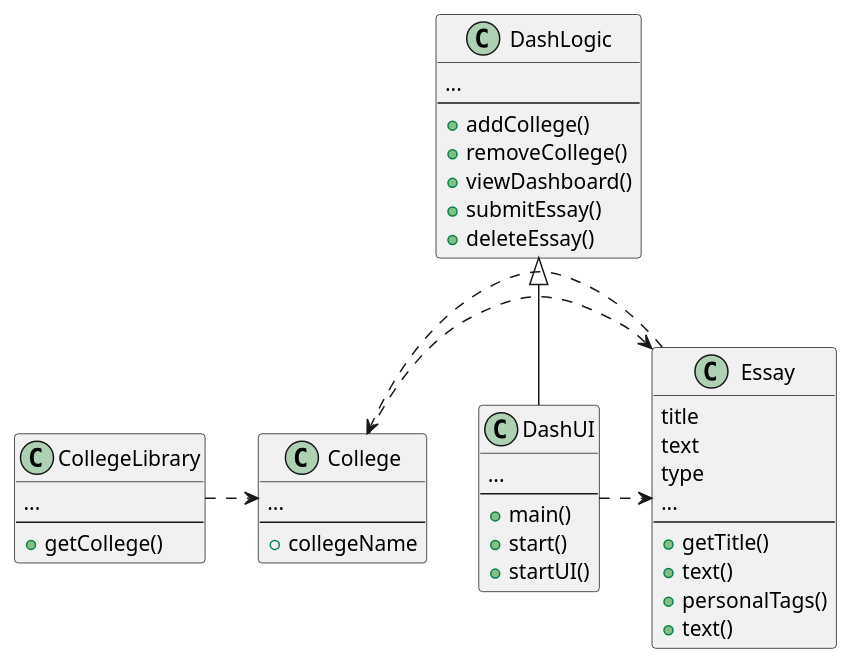
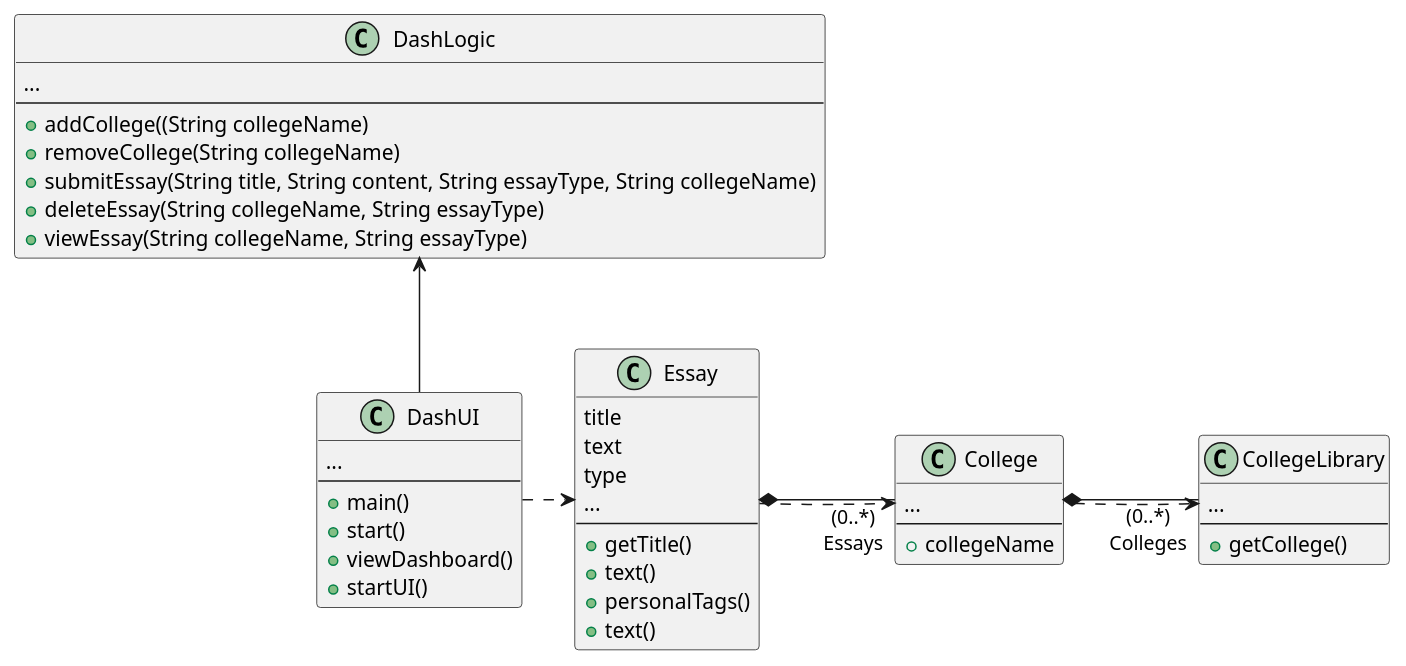
The fifth of 5 diagrams in intellij/doc/design.md (jlederer33/Essay-Review-App), drawn with PlantUML before and after one commit.

Commit message:
Added the input the methods take in.

````diff
--- a/intellij/doc/design.md
+++ b/intellij/doc/design.md
@@ -57,52 +57,53 @@
 ```plantuml
 
 class Essay{
 title
 text
 type
 ...
 --
 +getTitle()
 +text()
 +personalTags()
 +text()
 }
 
 
 
 class CollegeLibrary{
 ...
 --
 +getCollege()
 }
-CollegeLibrary .> College
+CollegeLibrary <. College
 
 
 class DashLogic{
 ...
 --
-+addCollege()
-+removeCollege()
-+viewDashboard()
-+submitEssay()
-+deleteEssay()
++addCollege((String collegeName)
++removeCollege(String collegeName)
++submitEssay(String title, String content, String essayType, String collegeName)
++deleteEssay(String collegeName, String essayType)
++viewEssay(String collegeName, String essayType)
 }
 class College{
 ...
 --
 +collegeName
 }
 class DashUI{
 ...
 --
 +main()
 +start()
++viewDashboard()
 +startUI()
 }
-DashLogic <|-- DashUI
-College .> Essay
+DashLogic <-- DashUI
 Essay .> College
 DashUI .> Essay
-
+College *- "(0..*)\nColleges" CollegeLibrary : \t\t
+Essay *- "(0..*)\nEssays" College: \t\t
 
 ```
````
